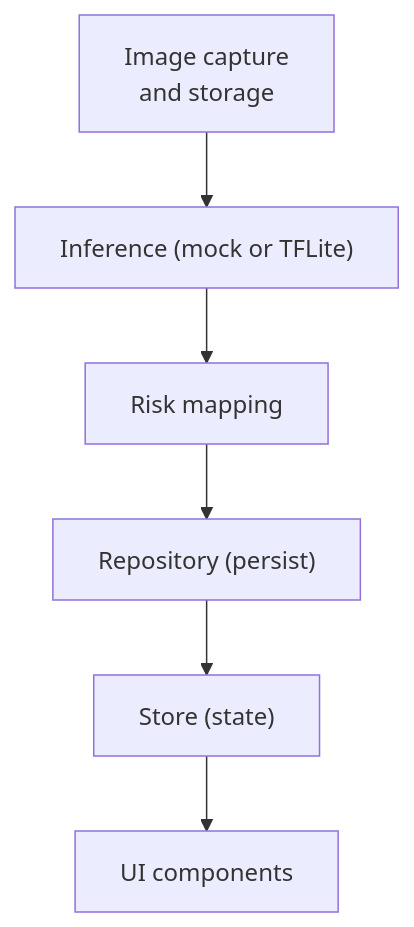
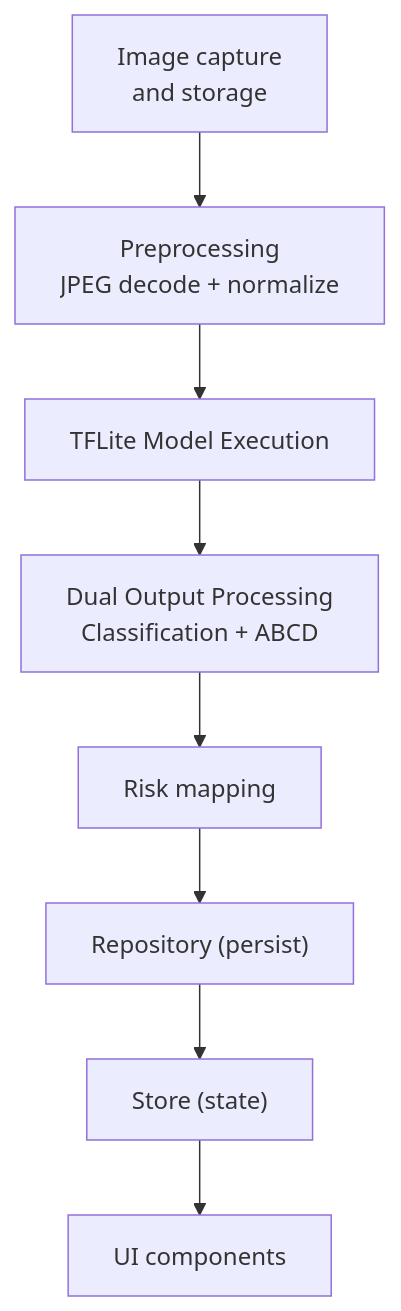
Before and after one commit to AdeelTahir-SE/DermSight: the first of 11 diagrams in .qoder/repowiki/en/content/Assessment Engine/ML Inference Pipeline.md, drawn with Mermaid. The commit also changed other lines of this file and 29 other files, not shown here.

````diff
--- a/.qoder/repowiki/en/content/Assessment Engine/ML Inference Pipeline.md
+++ b/.qoder/repowiki/en/content/Assessment Engine/ML Inference Pipeline.md
@@ -51,8 +64,10 @@
 ```mermaid
 graph TB
-A["Image capture<br/>and storage"] --> B["Inference (mock or TFLite)"]
-B --> C["Risk mapping"]
-C --> D["Repository (persist)"]
-D --> E["Store (state)"]
-E --> F["UI components"]
+A["Image capture<br/>and storage"] --> B["Preprocessing<br/>JPEG decode + normalize"]
+B --> C["TFLite Model Execution"]
+C --> D["Dual Output Processing<br/>Classification + ABCD"]
+D --> E["Risk mapping"]
+E --> F["Repository (persist)"]
+F --> G["Store (state)"]
+G --> H["UI components"]
 ```
````
